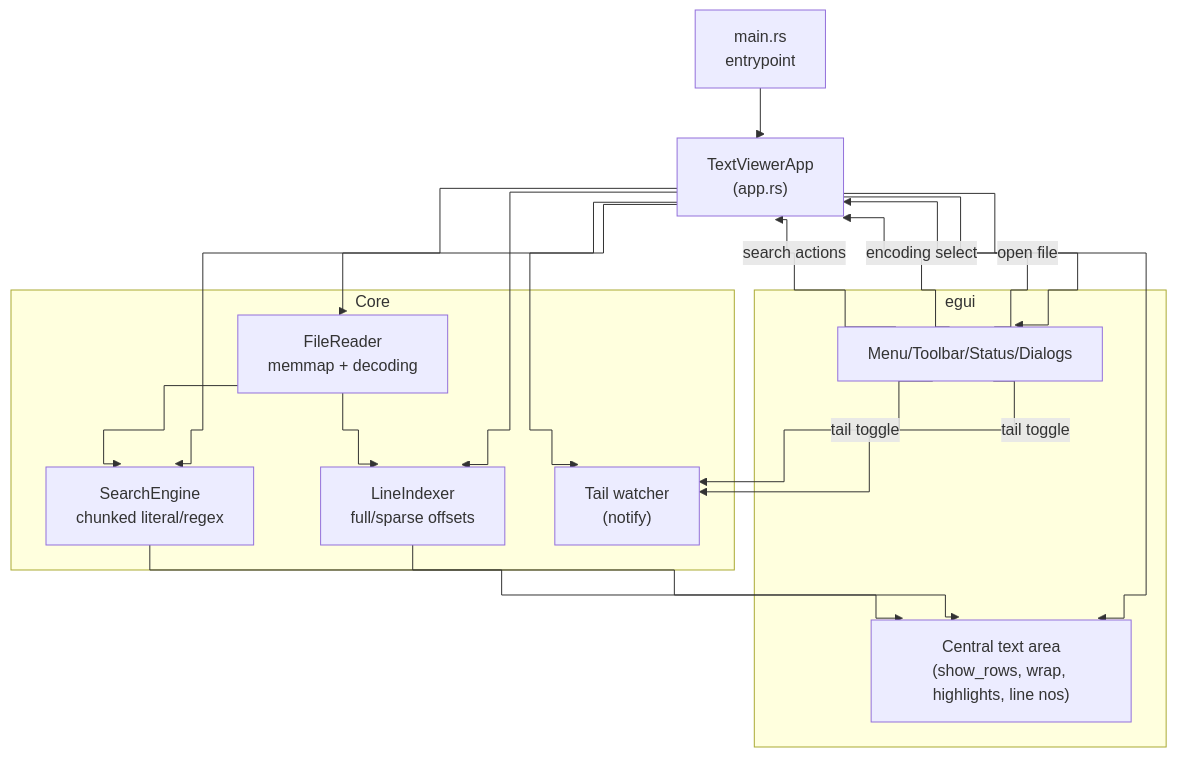
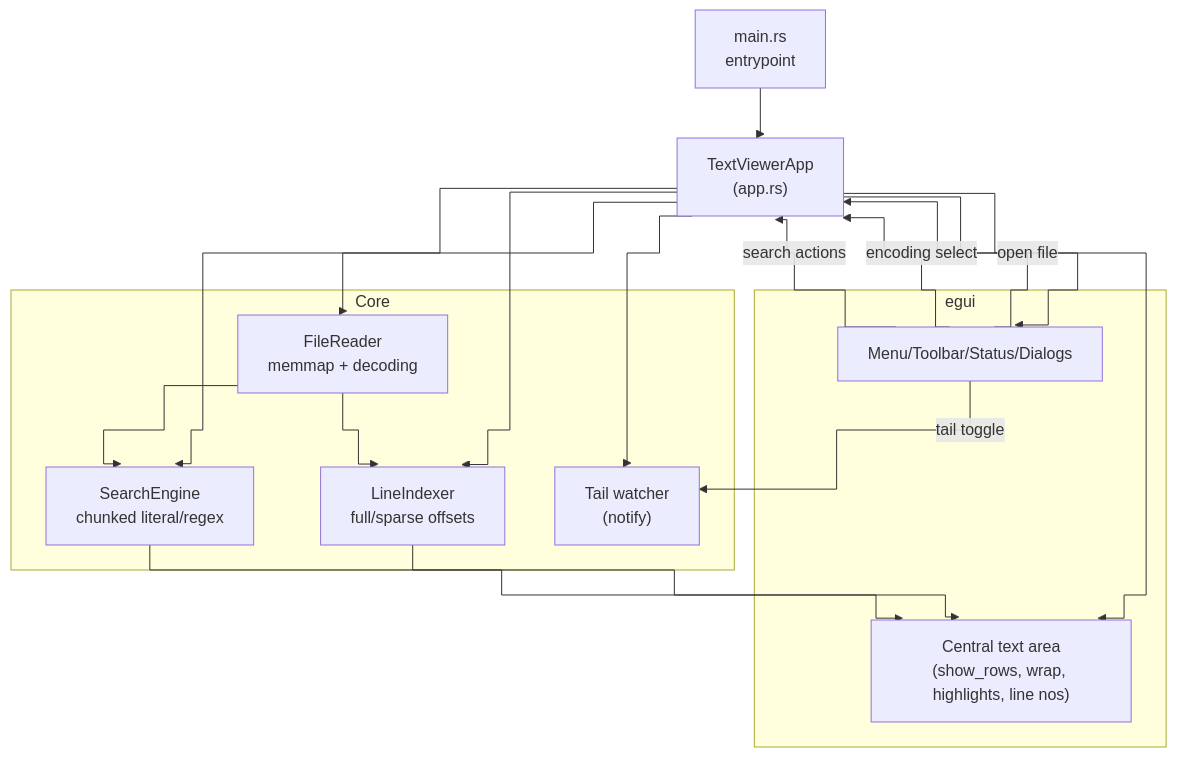
One commit to acejarvis/large-text-viewer changed the first of 2 diagrams in README.md. Above: the diagram before and after it, drawn with Mermaid. The commit also changed other lines of this file and 1 other file, not shown here.

````diff
--- a/README.md
+++ b/README.md
@@ -65,35 +68,34 @@
 ```mermaid
 %%{init: {'flowchart': {'curve': 'step'}}}%%
 flowchart TD
     main["main.rs<br>entrypoint"] --> app["TextViewerApp<br>(app.rs)"]
 
     subgraph UI [egui]
         menu["Menu/Toolbar/Status/Dialogs"]
         viewport["Central text area<br>(show_rows, wrap, highlights, line nos)"]
     end
 
     subgraph Core [Core]
         fr["FileReader<br>memmap + decoding"]
         li["LineIndexer<br>full/sparse offsets"]
         se["SearchEngine<br>chunked literal/regex"]
         watcher["Tail watcher<br>(notify)"]
     end
 
     app --> menu
     app --> viewport
     app --> fr
     app --> li
     app --> se
     app --> watcher
 
     fr --> li
     fr --> se
     li --> viewport
     se --> viewport
 
     menu -->|open file| app
     menu -->|encoding select| app
     menu -->|search actions| app
     menu -->|tail toggle| watcher
-    menu -->|tail toggle| watcher
 ```
````
